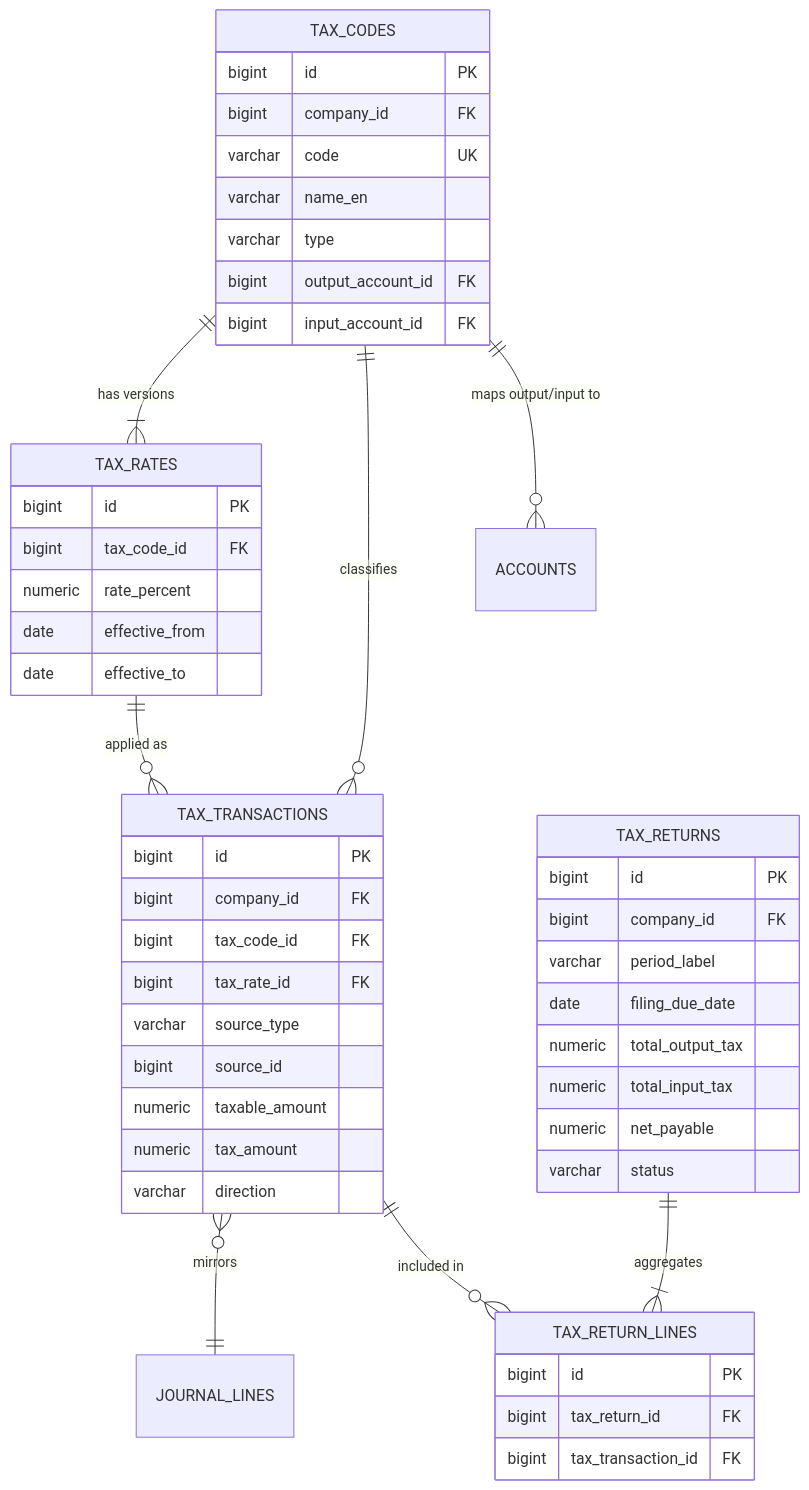
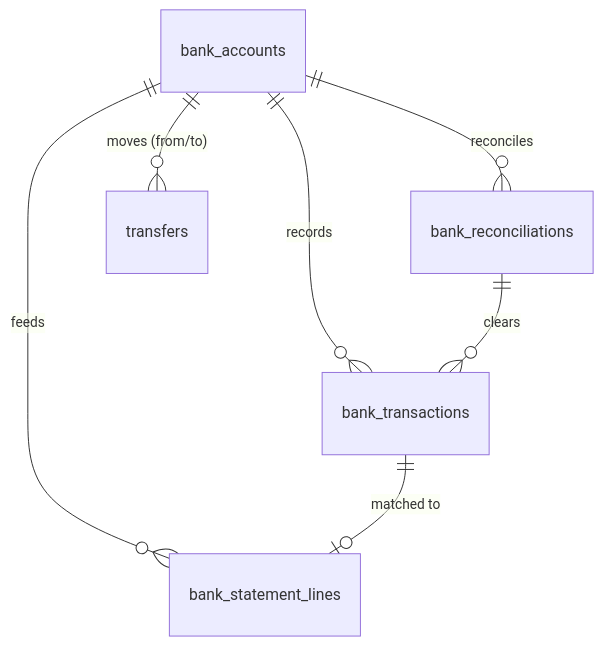
The tenth of 17 diagrams in docs/database/ERD.md (alievin0/QAYD), drawn with Mermaid before and after one commit. The commit also changed other lines of this file and 8 other files, not shown here.

````diff
--- a/docs/database/ERD.md
+++ b/docs/database/ERD.md
@@ -674,53 +3777,9 @@
 ```mermaid
 erDiagram
-    TAX_CODES {
-        bigint id PK
-        bigint company_id FK
-        varchar code UK
-        varchar name_en
-        varchar type
-        bigint output_account_id FK
-        bigint input_account_id FK
-    }
-    TAX_RATES {
-        bigint id PK
-        bigint tax_code_id FK
-        numeric rate_percent
-        date effective_from
-        date effective_to
-    }
-    TAX_TRANSACTIONS {
-        bigint id PK
-        bigint company_id FK
-        bigint tax_code_id FK
-        bigint tax_rate_id FK
-        varchar source_type
-        bigint source_id
-        numeric taxable_amount
-        numeric tax_amount
-        varchar direction
-    }
-    TAX_RETURNS {
-        bigint id PK
-        bigint company_id FK
-        varchar period_label
-        date filing_due_date
-        numeric total_output_tax
-        numeric total_input_tax
-        numeric net_payable
-        varchar status
-    }
-    TAX_RETURN_LINES {
-        bigint id PK
-        bigint tax_return_id FK
-        bigint tax_transaction_id FK
-    }
-
-    TAX_CODES ||--|{ TAX_RATES : "has versions"
-    TAX_CODES ||--o{ TAX_TRANSACTIONS : "classifies"
-    TAX_RATES ||--o{ TAX_TRANSACTIONS : "applied as"
-    TAX_TRANSACTIONS }o--|| JOURNAL_LINES : "mirrors"
-    TAX_RETURNS ||--|{ TAX_RETURN_LINES : "aggregates"
-    TAX_TRANSACTIONS ||--o{ TAX_RETURN_LINES : "included in"
-    TAX_CODES ||--o{ ACCOUNTS : "maps output/input to"
+    bank_accounts ||--o{ bank_transactions : "records"
+    bank_accounts ||--o{ bank_statement_lines : "feeds"
+    bank_accounts ||--o{ bank_reconciliations : "reconciles"
+    bank_accounts ||--o{ transfers : "moves (from/to)"
+    bank_transactions ||--o| bank_statement_lines : "matched to"
+    bank_reconciliations ||--o{ bank_transactions : "clears"
 ```
````
